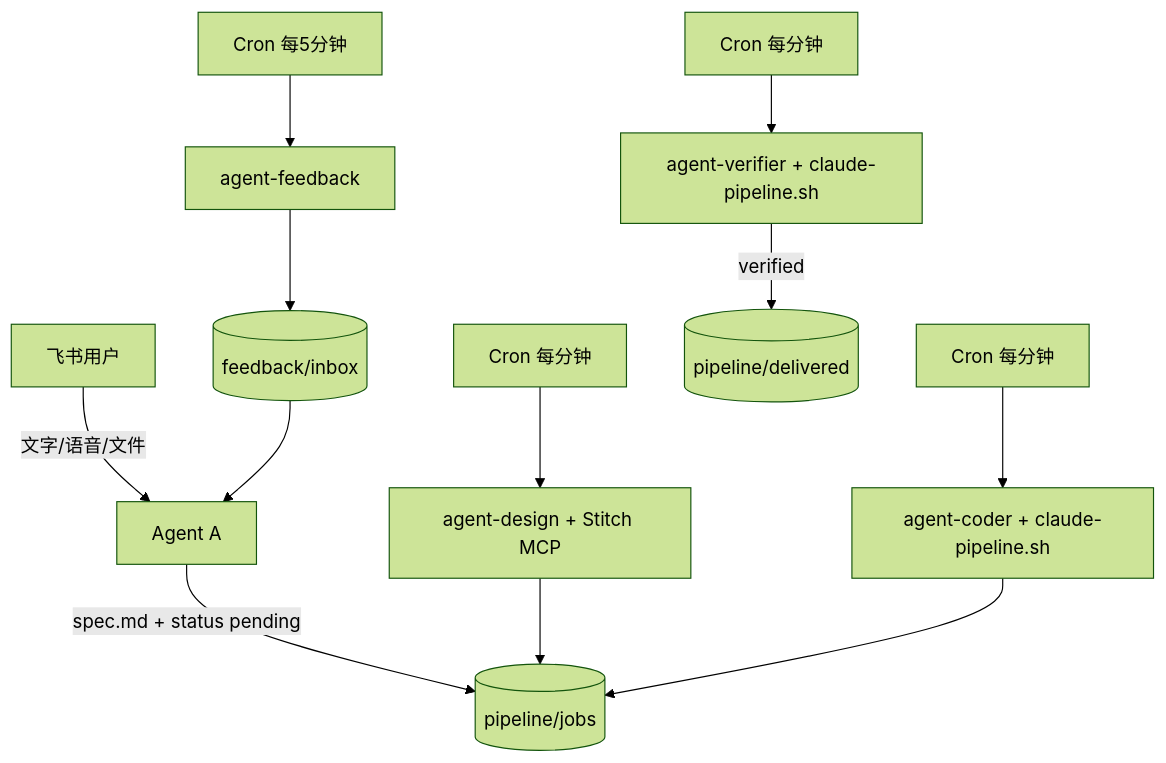
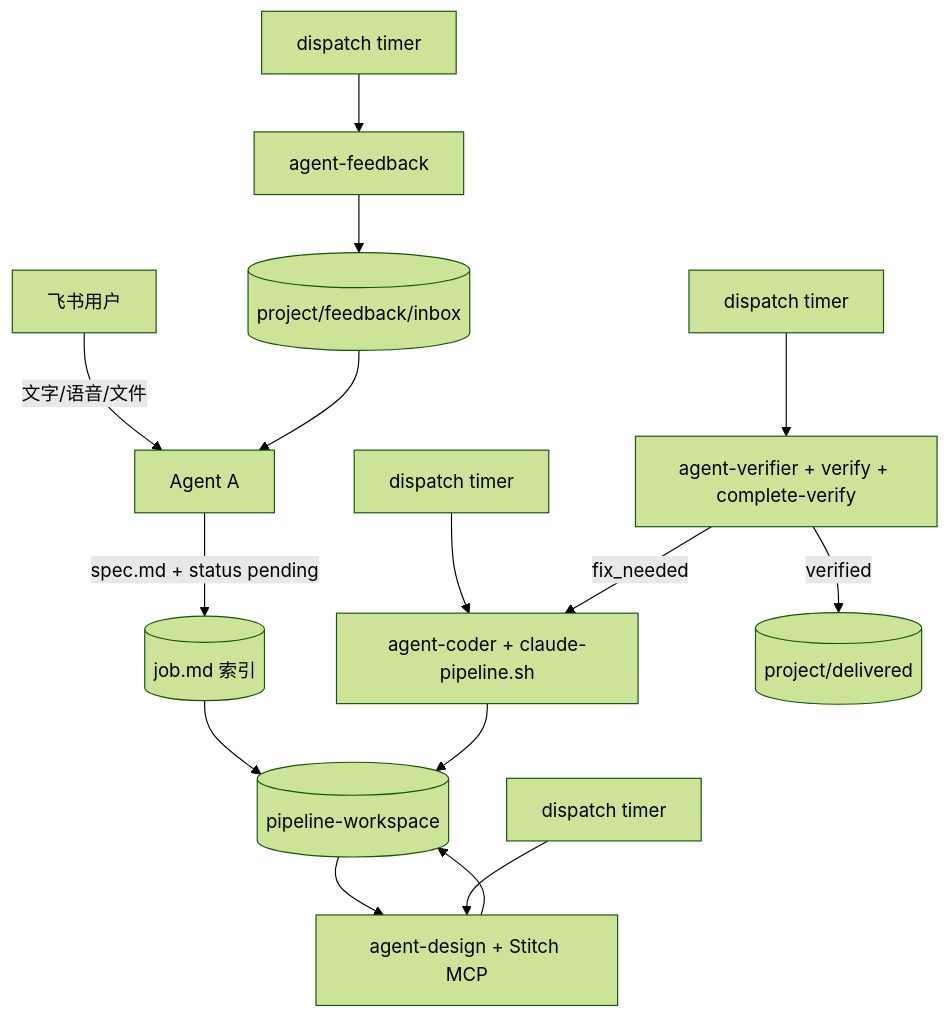
The second of 2 diagrams in README.md (wmx-poe/test-pipeline), drawn with Mermaid (forest theme) before and after one commit. The commit also changed other lines of this file and 38 other files, not shown here.

````diff
--- a/README.md
+++ b/README.md
@@ -7,14 +42,17 @@
 ```mermaid
 flowchart TB
   User[飞书用户] -->|文字/语音/文件| A[Agent A]
-  A -->|spec.md + status pending| Q[(pipeline/jobs)]
-  Cron1[Cron 每分钟] --> D[agent-design + Stitch MCP]
-  Cron2[Cron 每分钟] --> C[agent-coder + claude-pipeline.sh]
-  Cron3[Cron 每分钟] --> V[agent-verifier + claude-pipeline.sh]
-  D --> Q
-  C --> Q
-  V -->|verified| Del[(pipeline/delivered)]
-  Cron4[Cron 每5分钟] --> F[agent-feedback]
-  F --> Inbox[(feedback/inbox)]
+  A -->|spec.md + status pending| Q[(job.md 索引)]
+  WS[(pipeline-workspace)] --> D
+  Cron1[dispatch timer] --> D[agent-design + Stitch MCP]
+  Cron2[dispatch timer] --> C[agent-coder + claude-pipeline.sh]
+  Cron3[dispatch timer] --> V[agent-verifier + verify + complete-verify]
+  Q --> WS
+  D --> WS
+  C --> WS
+  V -->|verified| Del[(project/delivered)]
+  V -->|fix_needed| C
+  Cron4[dispatch timer] --> F[agent-feedback]
+  F --> Inbox[(project/feedback/inbox)]
   Inbox --> A
 ```
````
